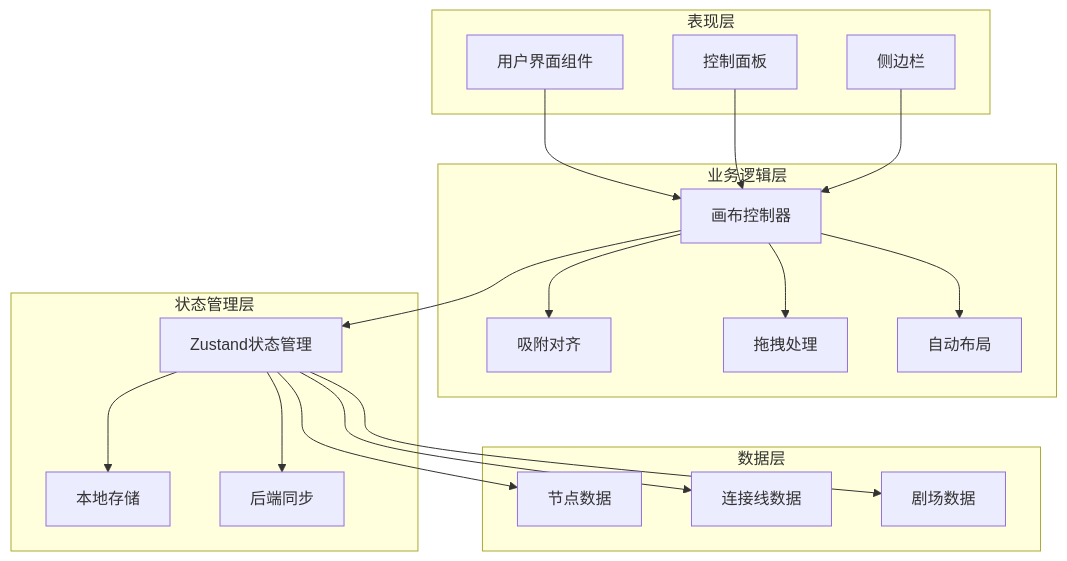
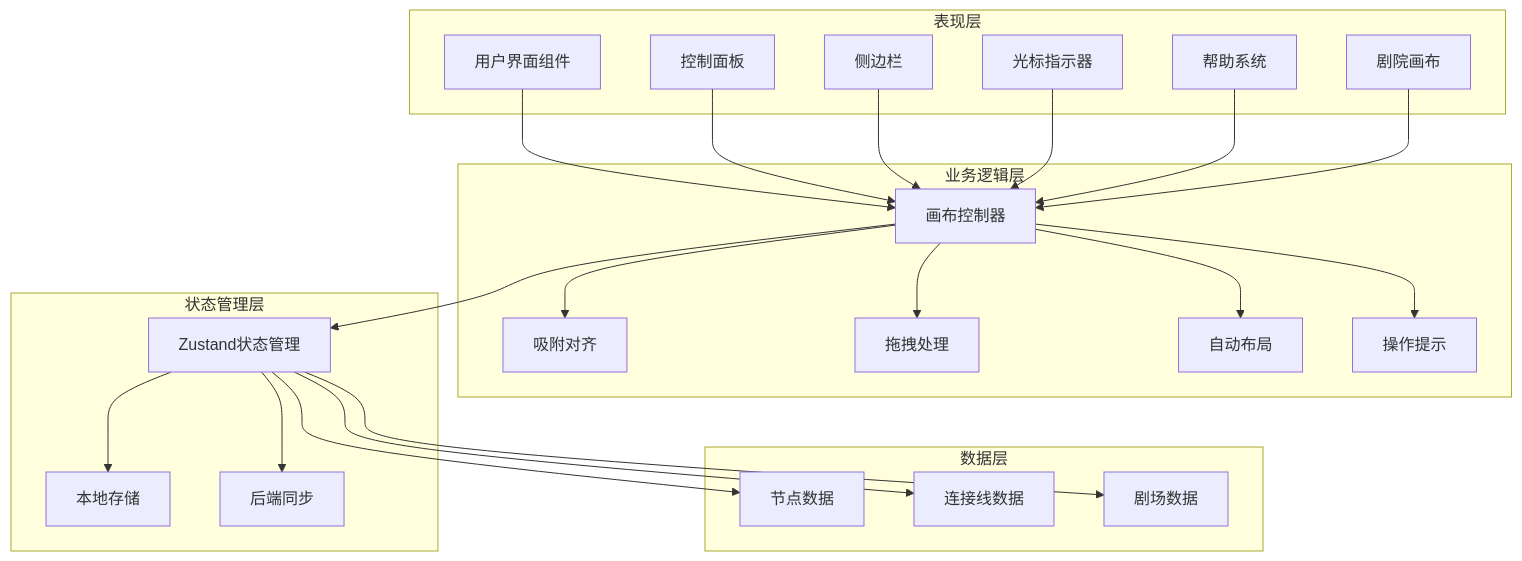
One commit to KunLabAI/KunFlix changed the fourth of 13 diagrams in .qoder/repowiki/zh/content/前端应用架构/剧场画布编辑器/画布操作/画布交互设置.md. Above: the diagram before and after it, drawn with Mermaid. The commit also changed other lines of this file and 29 other files, not shown here.

````diff
--- a/.qoder/repowiki/zh/content/前端应用架构/剧场画布编辑器/画布操作/画布交互设置.md
+++ b/.qoder/repowiki/zh/content/前端应用架构/剧场画布编辑器/画布操作/画布交互设置.md
@@ -167,36 +182,44 @@
 ```mermaid
 graph TD
 subgraph "表现层"
 UI[用户界面组件]
 Controls[控制面板]
 Sidebar[侧边栏]
+Cursor[光标指示器]
+Help[帮助系统]
+TheaterCanvas[剧院画布]
 end
 subgraph "业务逻辑层"
 Canvas[画布控制器]
 Snapping[吸附对齐]
 DragDrop[拖拽处理]
 AutoLayout[自动布局]
+Hints[操作提示]
 end
 subgraph "状态管理层"
 Store[Zustand状态管理]
 LocalStorage[本地存储]
 Backend[后端同步]
 end
 subgraph "数据层"
 Nodes[节点数据]
 Edges[连接线数据]
 Theater[剧场数据]
 end
 UI --> Canvas
 Controls --> Canvas
 Sidebar --> Canvas
+Cursor --> Canvas
+Help --> Canvas
+TheaterCanvas --> Canvas
 Canvas --> Snapping
 Canvas --> DragDrop
 Canvas --> AutoLayout
+Canvas --> Hints
 Canvas --> Store
 Store --> LocalStorage
 Store --> Backend
 Store --> Nodes
 Store --> Edges
 Store --> Theater
 ```
````
